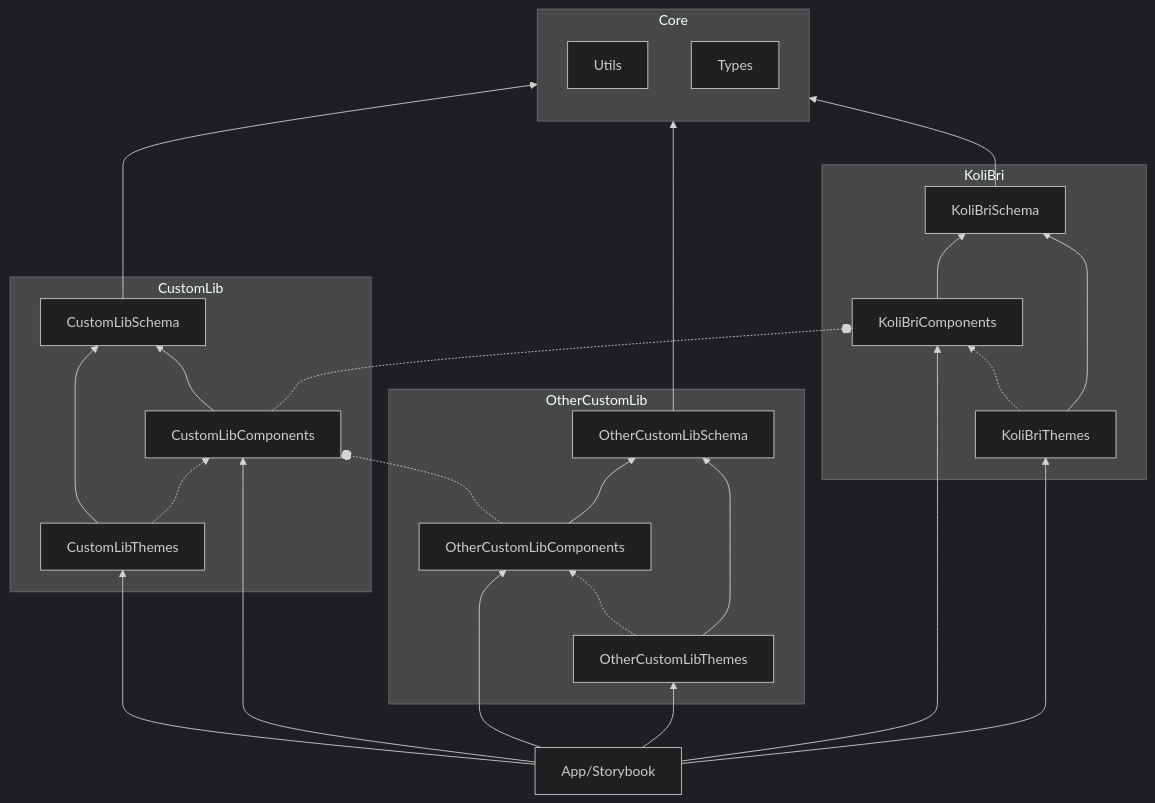
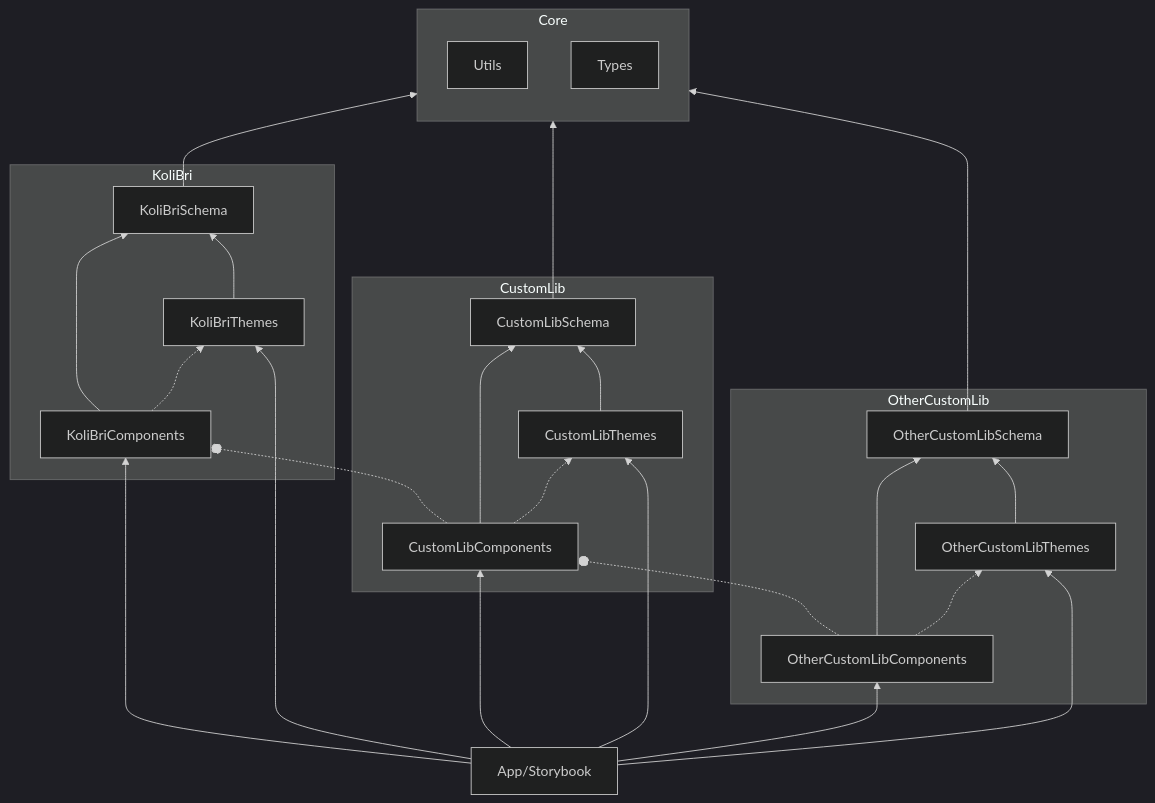
The second of 3 diagrams in dev/docs/20-concepts/01-architecture.md (public-ui/public-ui.github.io), drawn with Mermaid (dark theme) before and after one commit. The commit also changed other lines of this file and 1 other file, not shown here.

````diff
--- a/dev/docs/20-concepts/01-architecture.md
+++ b/dev/docs/20-concepts/01-architecture.md
@@ -79,33 +83,34 @@
 ```mermaid
   flowchart BT
-    OtherCustomLibComponents -.-o CustomLibComponents
     subgraph CustomLib
+      CustomLibComponents --> CustomLibSchema
       CustomLibThemes --> CustomLibSchema
-      CustomLibThemes .-> CustomLibComponents
-      CustomLibComponents --> CustomLibSchema
+      CustomLibComponents .-> CustomLibThemes
     end
     subgraph OtherCustomLib
-      OtherCustomLibThemes .-> OtherCustomLibComponents
+      OtherCustomLibComponents -->OtherCustomLibSchema
       OtherCustomLibThemes --> OtherCustomLibSchema
-      OtherCustomLibComponents -->OtherCustomLibSchema
+      OtherCustomLibComponents .-> OtherCustomLibThemes
     end
     subgraph KoliBri
-      KoliBriThemes .-> KoliBriComponents
+      KoliBriComponents --> KoliBriSchema
       KoliBriThemes --> KoliBriSchema
-      KoliBriComponents --> KoliBriSchema
+      KoliBriComponents .-> KoliBriThemes
     end
     subgraph Core
       Utils
       Types
     end
-    CustomLibComponents -.-o KoliBriComponents
+	OtherCustomLibComponents -.-o CustomLibComponents
+	CustomLibComponents -.-o KoliBriComponents
+
     KoliBriSchema --> Core
     CustomLibSchema --> Core
     OtherCustomLibSchema --> Core
+    App/Storybook --> CustomLibComponents
     App/Storybook --> CustomLibThemes
-    App/Storybook --> CustomLibComponents
     App/Storybook --> OtherCustomLibComponents
     App/Storybook --> OtherCustomLibThemes
     App/Storybook --> KoliBriComponents
     App/Storybook --> KoliBriThemes
 ```
````
